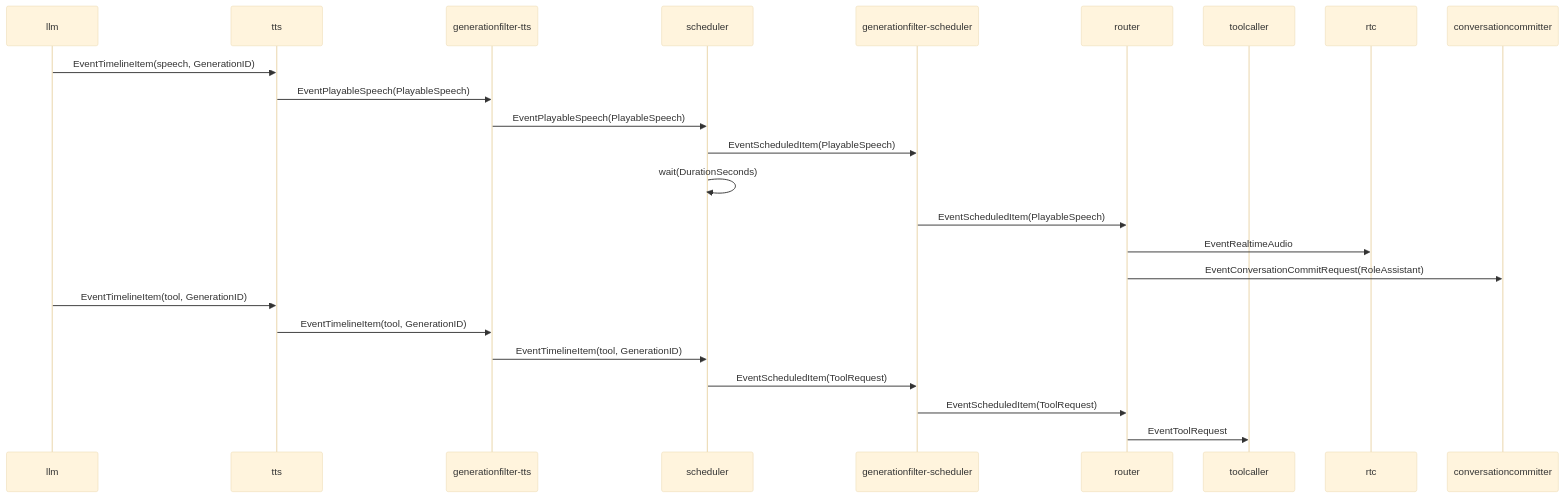
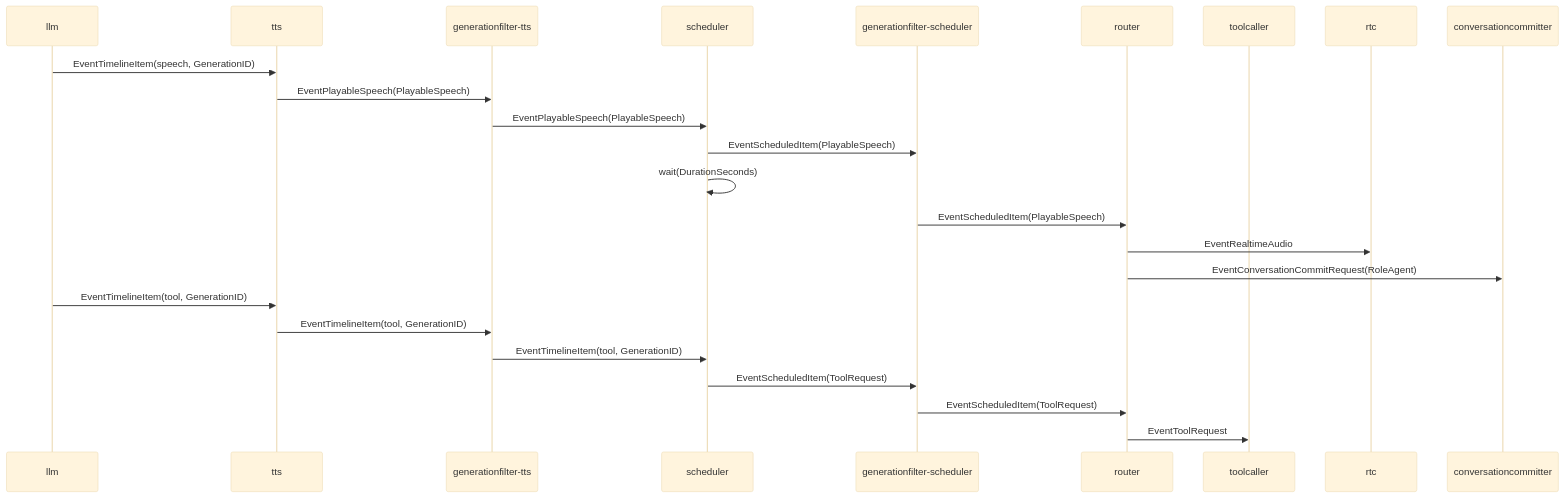
Before and after one commit to tetetratra/smart-speaker: the first of 2 diagrams in docs/components/scheduler.md, drawn with Mermaid (base theme). The commit also changed other lines of this file and 28 other files, not shown here.

````diff
--- a/docs/components/scheduler.md
+++ b/docs/components/scheduler.md
@@ -64,27 +64,27 @@
 ```mermaid
 sequenceDiagram
     participant LLM as llm
     participant TTS as tts
     participant GF1 as generationfilter-tts
     participant S as scheduler
     participant GF2 as generationfilter-scheduler
     participant R as router
     participant TC as toolcaller
     participant RTC as rtc
     participant CC as conversationcommitter
 
     LLM->>TTS: EventTimelineItem(speech, GenerationID)
     TTS->>GF1: EventPlayableSpeech(PlayableSpeech)
     GF1->>S: EventPlayableSpeech(PlayableSpeech)
     S->>GF2: EventScheduledItem(PlayableSpeech)
     S->>S: wait(DurationSeconds)
     GF2->>R: EventScheduledItem(PlayableSpeech)
     R->>RTC: EventRealtimeAudio
-    R->>CC: EventConversationCommitRequest(RoleAssistant)
+    R->>CC: EventConversationCommitRequest(RoleAgent)
     LLM->>TTS: EventTimelineItem(tool, GenerationID)
     TTS->>GF1: EventTimelineItem(tool, GenerationID)
     GF1->>S: EventTimelineItem(tool, GenerationID)
     S->>GF2: EventScheduledItem(ToolRequest)
     GF2->>R: EventScheduledItem(ToolRequest)
     R->>TC: EventToolRequest
 ```
````
